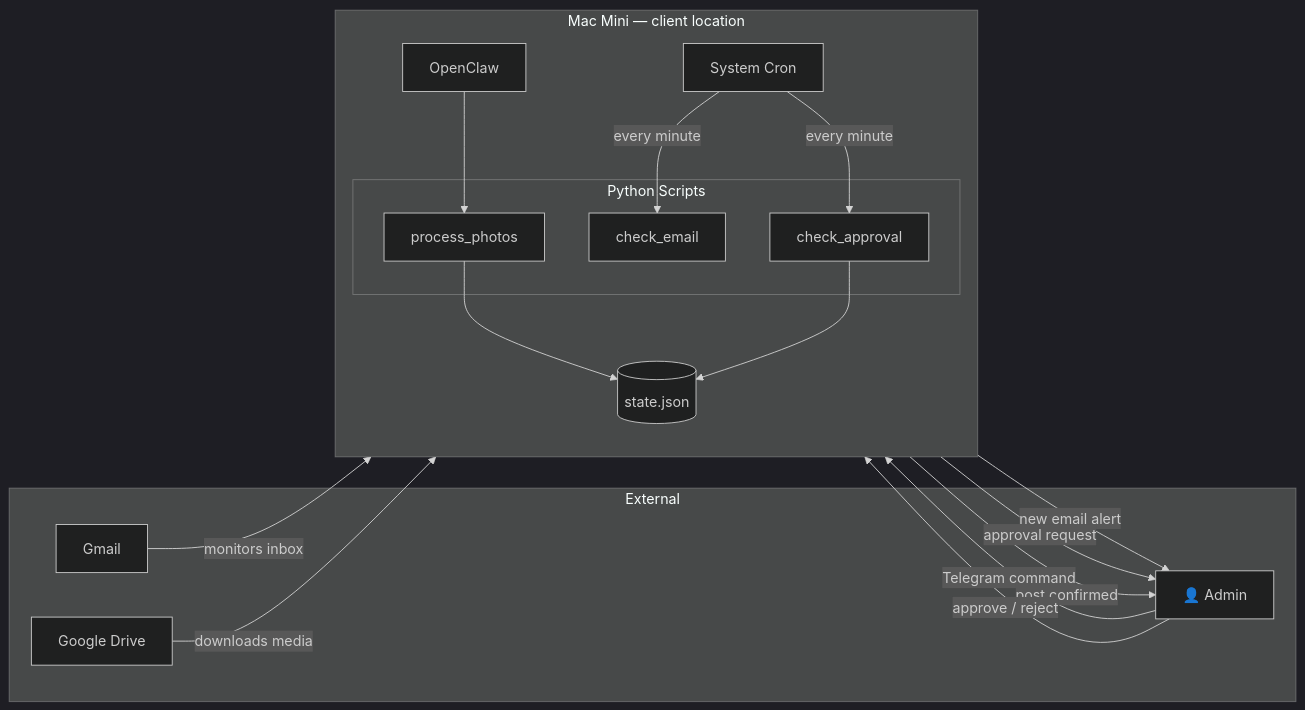
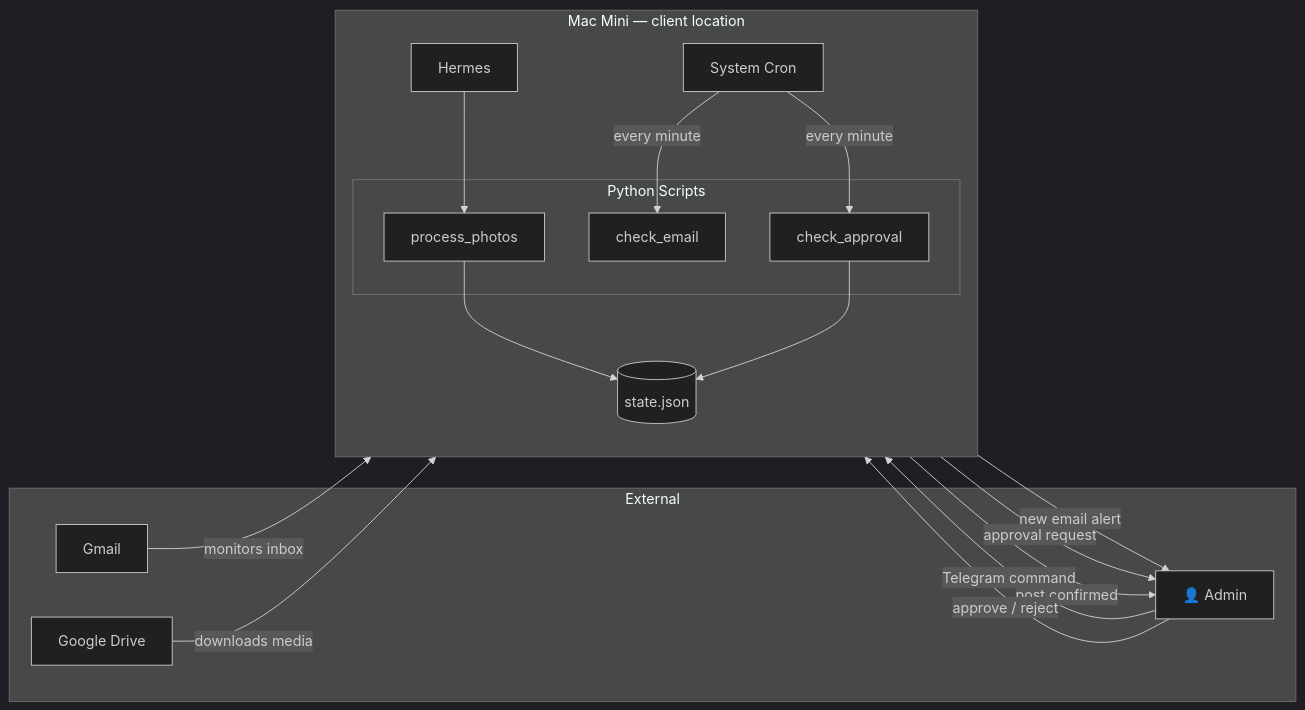
The diagram in README.md (sandeepkesarkar/fieldkit), drawn with Mermaid (dark theme) before and after one commit. The commit also changed other lines of this file and 2 other files, not shown here.

First line of the commit message:
Update README docs to describe Hermes, not OpenClaw, as current AI runtime (#38)

````diff
--- a/README.md
+++ b/README.md
@@ -35,39 +35,39 @@
 ```mermaid
 graph LR
     subgraph External["External"]
         Admin["👤 Admin"]
         Gmail[Gmail]
         Drive[Google Drive]
     end
 
     subgraph Mac["Mac Mini — client location"]
         direction TB
-        OC[OpenClaw]
+        OC[Hermes]
         Cron[System Cron]
 
         subgraph Scripts["Python Scripts"]
             F1[check_email]
             F2[process_photos]
             F3[check_approval]
         end
 
         State[(state.json)]
     end
 
     Admin -- "Telegram command" --> OC
     OC --> F2
 
     Cron -- "every minute" --> F1
     Cron -- "every minute" --> F3
 
     Gmail -- monitors inbox --> F1
     Drive -- downloads media --> F2
 
     F1 -- "new email alert" --> Admin
     F2 -- "approval request" --> Admin
     F2 --> State
     F3 --> State
     F3 -- "post confirmed" --> Admin
 
     Admin -- "approve / reject" --> F3
 ```
````
